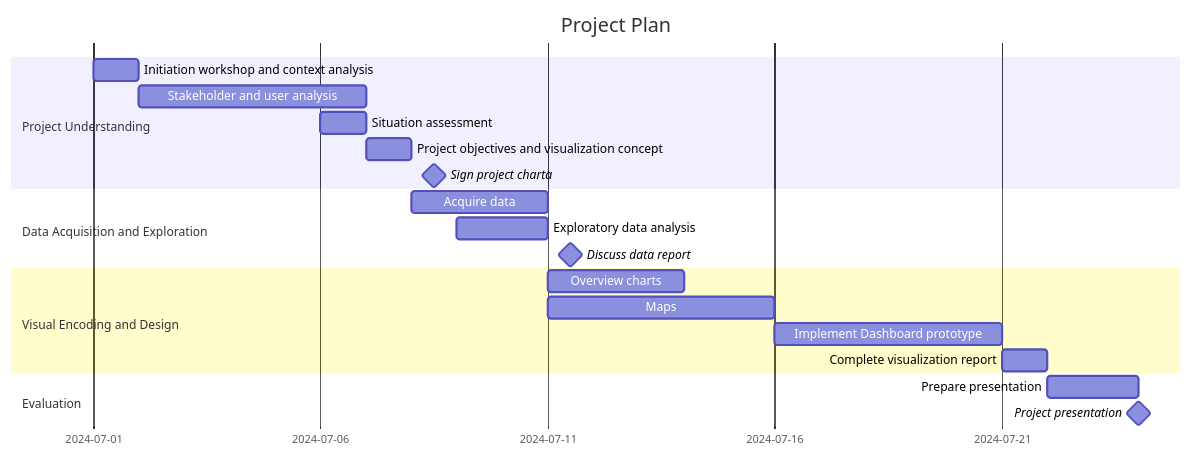
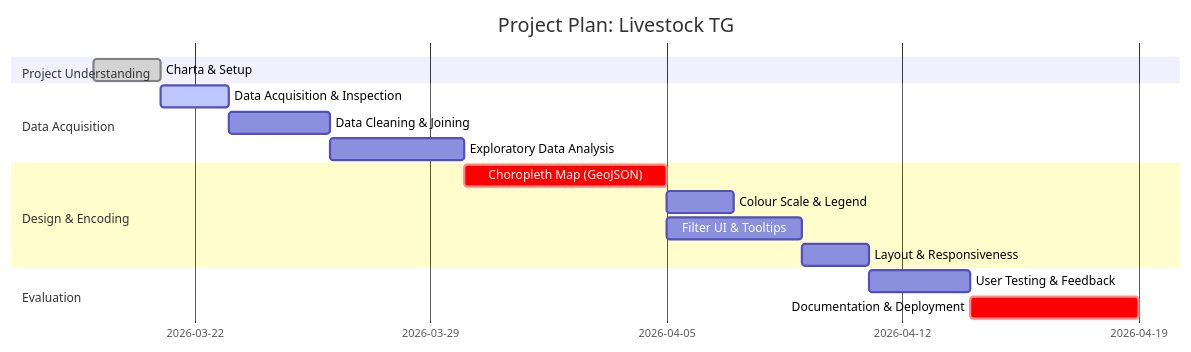
Before and after one commit to podsv-fs26-ad24/ad24-5-fancyproject: the diagram in docs/project_charta.qmd, drawn with Mermaid.

Commit message:
Update project plan in Gantt chart format

````diff
--- a/docs/project_charta.qmd
+++ b/docs/project_charta.qmd
@@ -175,28 +175,25 @@
 ```{mermaid}
 %%| label: fig-project-plan
 %%| fig-cap: Preliminary project plan in the form of a Gantt chart.
 gantt
-    title Project Plan
+    title Project Plan: Livestock TG
     dateFormat YYYY-MM-DD
-    tickInterval 5day
+    tickInterval 1week
     section Project Understanding
-        Initiation workshop and context analysis     :a1, 2024-07-01, 1d
-        Stakeholder and user analysis     :a3, 2024-07-02, 5d
-        Situation assessment    :a4, 2024-07-06, 1d
-        Project objectives and visualization concept    :a5, 2024-07-07, 1d
-        Sign project charta: milestone, m1, 2024-07-08, 1d
-    
-    section Data Acquisition and Exploration
-        Acquire data :a6, 2024-07-08, 3d
-        Exploratory data analysis   :a7, 2024-07-09, 2d
-        Discuss data report: milestone, m2, 2024-07-11, 1d
-        
-    section Visual Encoding and Design
-        Overview charts   :a8, 2024-07-11, 3d
-        Maps :a9, 2024-07-11, 5d
-        Implement Dashboard prototype :a10, 2024-07-16, 5d
-        Complete visualization report :a10, 2024-07-21, 1d
+        Charta & Setup                        :done,   a1, 2026-03-19, 2d
+
+    section Data Acquisition
+        Data Acquisition & Inspection         :active, a2, after a1,   2d
+        Data Cleaning & Joining               :        a3, after a2,   3d
+        Exploratory Data Analysis             :        a4, after a3,   4d
+
+    section Design & Encoding
+        Choropleth Map (GeoJSON)              :crit,   a5, after a4,   6d
+        Colour Scale & Legend                 :        a6, after a5,   2d
+        Filter UI & Tooltips                  :        a7, after a5,   4d
+        Layout & Responsiveness               :        a8, after a7,   2d
+
     section Evaluation
-        Prepare presentation :a10, 2024-07-22, 2d
-        Project presentation : milestone, m2, 2024-07-24, 4m
+        User Testing & Feedback               :        a9, after a8,   3d
+        Documentation & Deployment            :crit,   a10, after a9,  5d
 ```
````
